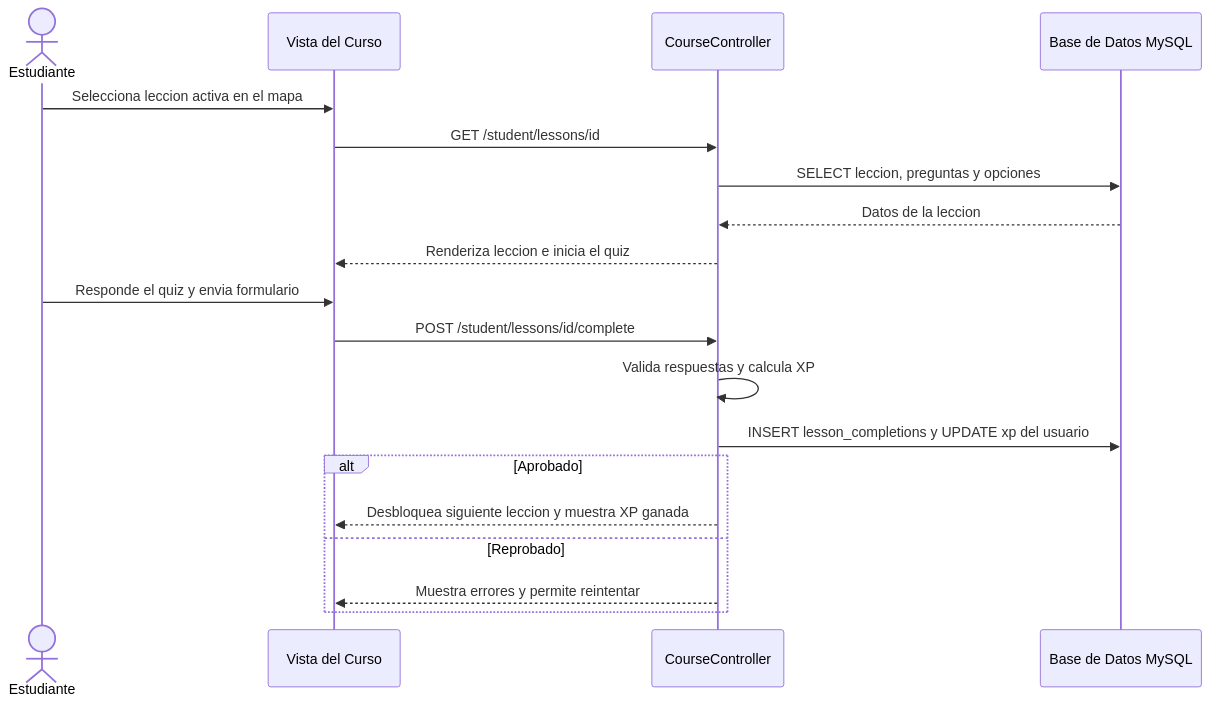
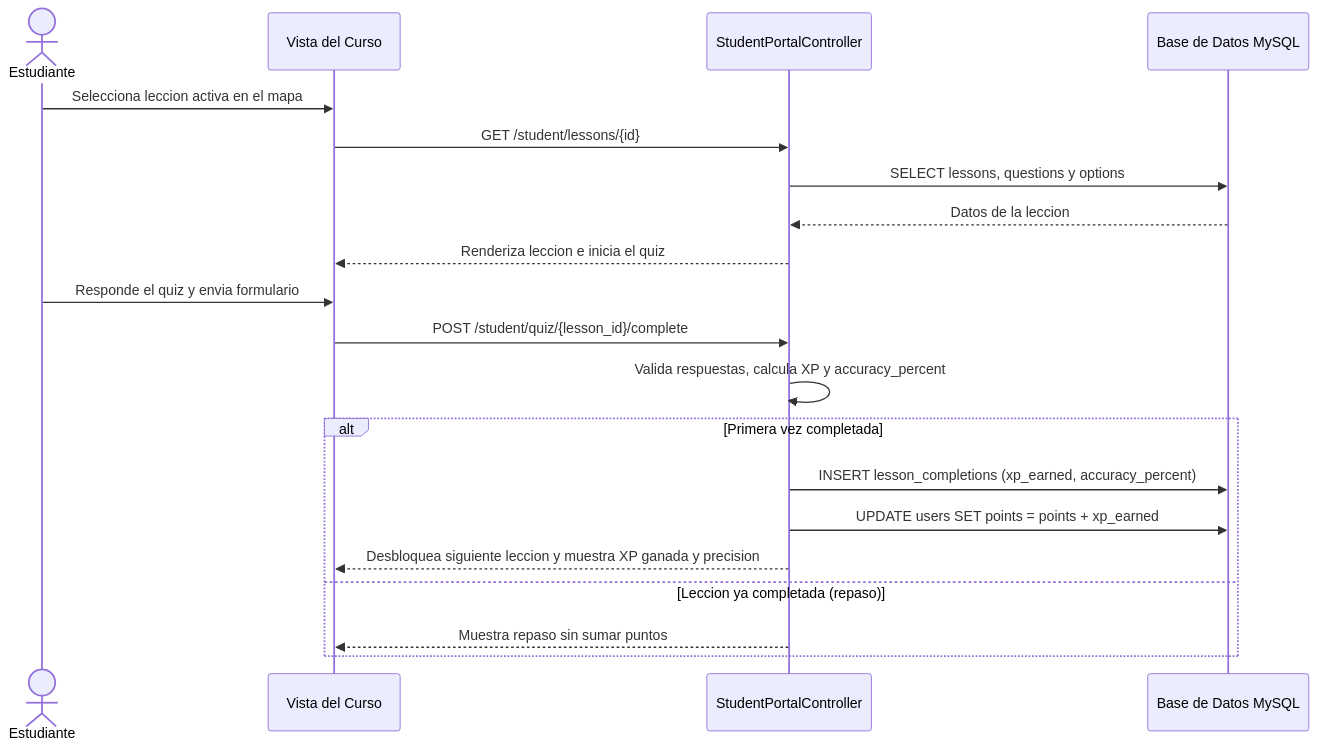
The fourth of 7 diagrams in README.md (Jose-Sierra082005/sistema-militar-unefa), drawn with Mermaid before and after one commit. The commit also changed other lines of this file and 2 other files, not shown here.

Commit message:
docs: actualizar README con diagramas reales de BD, casos de uso y modulos correctos del sistema

````diff
--- a/README.md
+++ b/README.md
@@ -172,24 +173,25 @@
 ```mermaid
 sequenceDiagram
     actor E as Estudiante
     participant V as Vista del Curso
-    participant EC as CourseController
+    participant SPC as StudentPortalController
     participant DB as Base de Datos MySQL
 
     E->>V: Selecciona leccion activa en el mapa
-    V->>EC: GET /student/lessons/id
-    EC->>DB: SELECT leccion, preguntas y opciones
-    DB-->>EC: Datos de la leccion
-    EC-->>V: Renderiza leccion e inicia el quiz
+    V->>SPC: GET /student/lessons/{id}
+    SPC->>DB: SELECT lessons, questions y options
+    DB-->>SPC: Datos de la leccion
+    SPC-->>V: Renderiza leccion e inicia el quiz
 
     E->>V: Responde el quiz y envia formulario
-    V->>EC: POST /student/lessons/id/complete
-    EC->>EC: Valida respuestas y calcula XP
-    EC->>DB: INSERT lesson_completions y UPDATE xp del usuario
+    V->>SPC: POST /student/quiz/{lesson_id}/complete
+    SPC->>SPC: Valida respuestas, calcula XP y accuracy_percent
 
-    alt Aprobado
-        EC-->>V: Desbloquea siguiente leccion y muestra XP ganada
-    else Reprobado
-        EC-->>V: Muestra errores y permite reintentar
+    alt Primera vez completada
+        SPC->>DB: INSERT lesson_completions (xp_earned, accuracy_percent)
+        SPC->>DB: UPDATE users SET points = points + xp_earned
+        SPC-->>V: Desbloquea siguiente leccion y muestra XP ganada y precision
+    else Leccion ya completada (repaso)
+        SPC-->>V: Muestra repaso sin sumar puntos
     end
 ```
````
